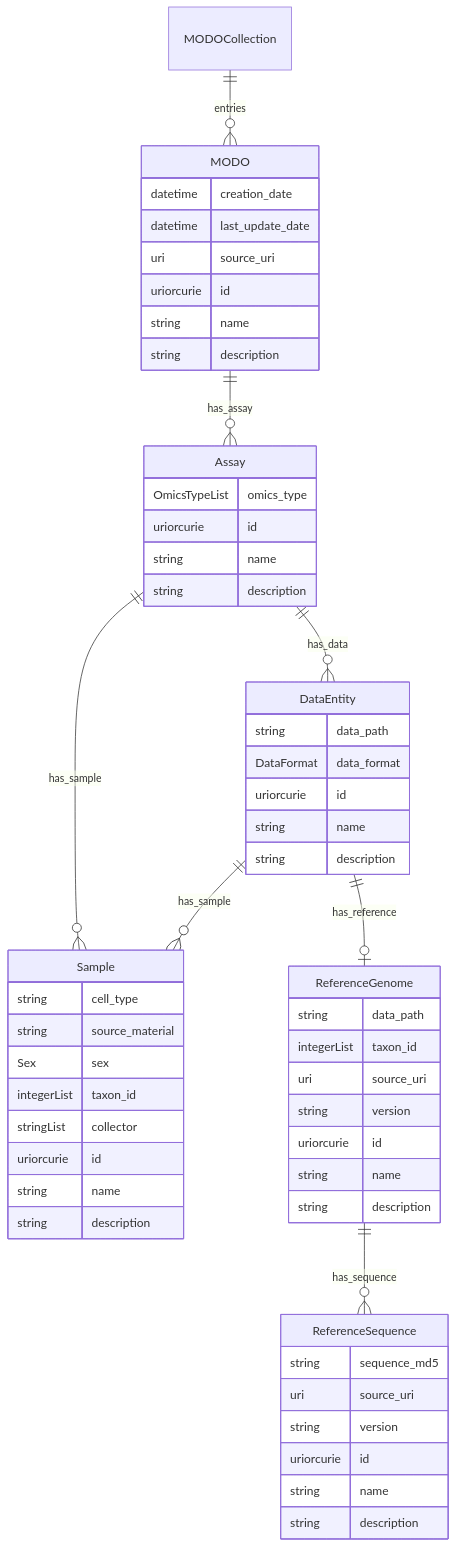
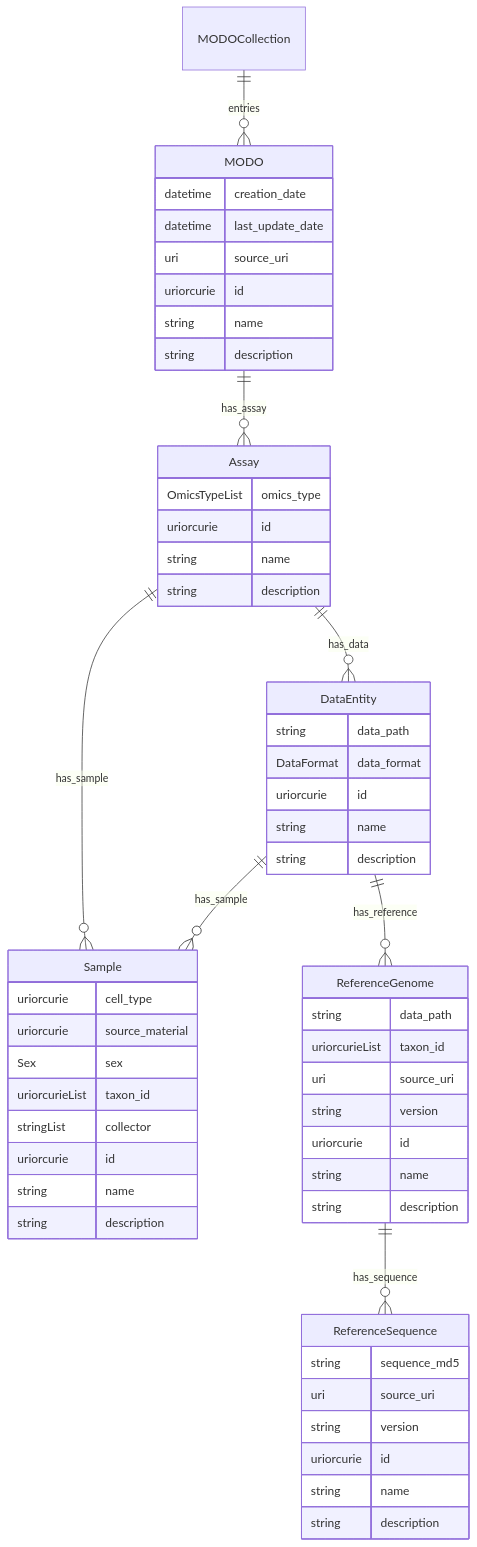
Before and after one commit to sdsc-ordes/modos-schema: the diagram in README.md, drawn with Mermaid.

Commit message:
docs(readme): udpate erdiagram

````diff
--- a/README.md
+++ b/README.md
@@ -5,63 +5,63 @@
 ```mermaid
 erDiagram
 MODOCollection {
 
 }
 MODO {
-    datetime creation_date  
-    datetime last_update_date  
-    uri source_uri  
-    uriorcurie id  
-    string name  
-    string description  
+    datetime creation_date
+    datetime last_update_date
+    uri source_uri
+    uriorcurie id
+    string name
+    string description
 }
 Assay {
-    OmicsTypeList omics_type  
-    uriorcurie id  
-    string name  
-    string description  
+    OmicsTypeList omics_type
+    uriorcurie id
+    string name
+    string description
 }
 DataEntity {
-    string data_path  
-    DataFormat data_format  
-    uriorcurie id  
-    string name  
-    string description  
+    string data_path
+    DataFormat data_format
+    uriorcurie id
+    string name
+    string description
 }
 ReferenceGenome {
-    string data_path  
-    integerList taxon_id  
-    uri source_uri  
-    string version  
-    uriorcurie id  
-    string name  
-    string description  
+    string data_path
+    uriorcurieList taxon_id
+    uri source_uri
+    string version
+    uriorcurie id
+    string name
+    string description
 }
 ReferenceSequence {
-    string sequence_md5  
-    uri source_uri  
-    string version  
-    uriorcurie id  
-    string name  
-    string description  
+    string sequence_md5
+    uri source_uri
+    string version
+    uriorcurie id
+    string name
+    string description
 }
 Sample {
-    string cell_type  
-    string source_material  
-    Sex sex  
-    integerList taxon_id  
-    stringList collector  
-    uriorcurie id  
-    string name  
-    string description  
+    uriorcurie cell_type
+    uriorcurie source_material
+    Sex sex
+    uriorcurieList taxon_id
+    stringList collector
+    uriorcurie id
+    string name
+    string description
 }
 
 MODOCollection ||--}o MODO : "entries"
 MODO ||--}o Assay : "has_assay"
 Assay ||--}o Sample : "has_sample"
 Assay ||--}o DataEntity : "has_data"
 DataEntity ||--}o Sample : "has_sample"
-DataEntity ||--|o ReferenceGenome : "has_reference"
+DataEntity ||--}o ReferenceGenome : "has_reference"
 ReferenceGenome ||--}o ReferenceSequence : "has_sequence"
 
 ```
````
